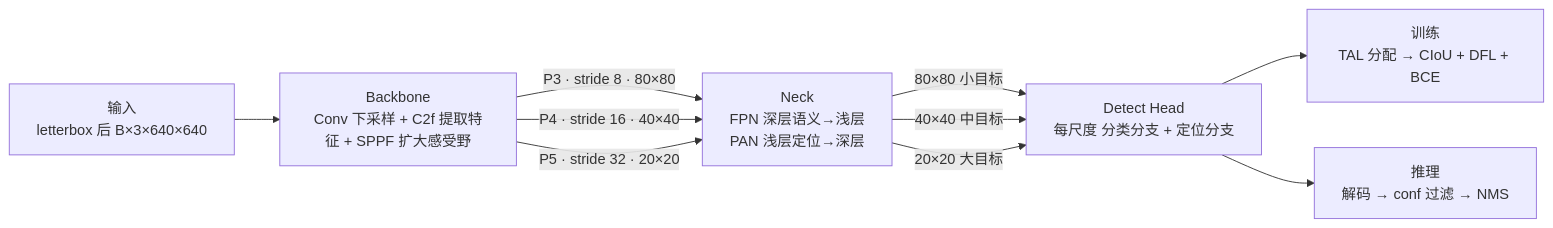
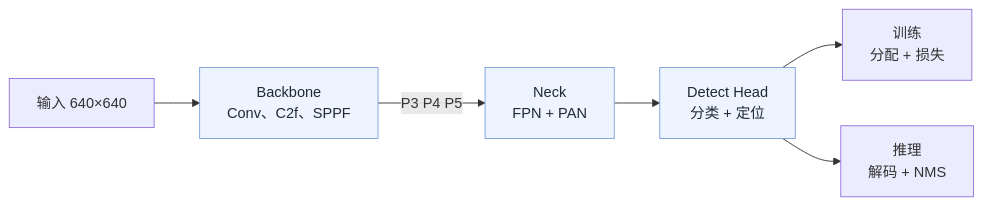
The diagram in 00_Practice_UAV_Aerial_Detection/Learning_Notes/assets/01_YOLO_Research_Core/01_yolo_chain_overview.mmd (cheerhin-yi/Doctoral-Research-Outline), drawn with Mermaid before and after one commit. The commit also changed 35 other files, not shown here.

```diff
--- a/00_Practice_UAV_Aerial_Detection/Learning_Notes/assets/01_YOLO_Research_Core/01_yolo_chain_overview.mmd
+++ b/00_Practice_UAV_Aerial_Detection/Learning_Notes/assets/01_YOLO_Research_Core/01_yolo_chain_overview.mmd
@@ -1,10 +1,8 @@
 flowchart LR
-    IN["输入<br/>letterbox 后 B×3×640×640"] --> BB["Backbone<br/>Conv 下采样 + C2f 提取特征 + SPPF 扩大感受野"]
-    BB -->|"P3 · stride 8 · 80×80"| NK["Neck<br/>FPN 深层语义→浅层<br/>PAN 浅层定位→深层"]
-    BB -->|"P4 · stride 16 · 40×40"| NK
-    BB -->|"P5 · stride 32 · 20×20"| NK
-    NK -->|"80×80 小目标"| HD["Detect Head<br/>每尺度 分类分支 + 定位分支"]
-    NK -->|"40×40 中目标"| HD
-    NK -->|"20×20 大目标"| HD
-    HD --> TR["训练<br/>TAL 分配 → CIoU + DFL + BCE"]
-    HD --> INF["推理<br/>解码 → conf 过滤 → NMS"]
+    I["输入 640×640"] --> B["Backbone<br/>Conv、C2f、SPPF"]
+    B -->|"P3 P4 P5"| N["Neck<br/>FPN + PAN"]
+    N --> H["Detect Head<br/>分类 + 定位"]
+    H --> T["训练<br/>分配 + 损失"]
+    H --> R["推理<br/>解码 + NMS"]
+    classDef acc fill:#eef4ff,stroke:#7c9fdc,color:#1f2937
+    class B,N,H acc
```
